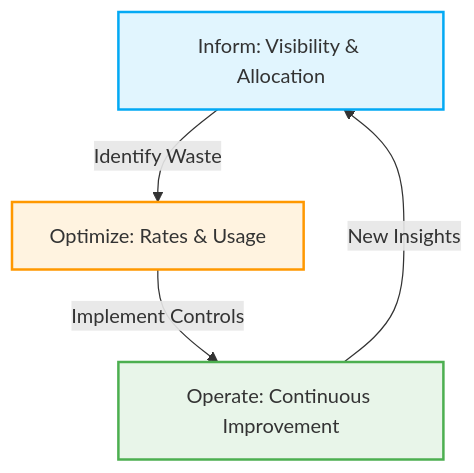
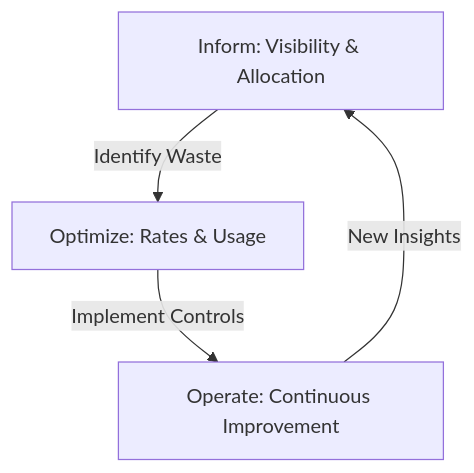
One commit to kythuatdulieu/kythuatdulieu.github.io changed the first of 4 diagrams in src/content/docs/projects/system-design/finops-architecture.md. Above: the diagram before and after it, drawn with Mermaid. The commit also changed other lines of this file and 682 other files, not shown here.

````diff
--- a/src/content/docs/projects/system-design/finops-architecture.md
+++ b/src/content/docs/projects/system-design/finops-architecture.md
@@ -47,10 +47,9 @@
 ```mermaid
 graph TD
     A["Inform: Visibility & Allocation"] -->|Identify Waste| B["Optimize: Rates & Usage"]
     B -->|Implement Controls| C["Operate: Continuous Improvement"]
     C -->|New Insights| A
-    
-    style A fill:#e1f5fe,stroke:#03a9f4,stroke-width:2px
-    style B fill:#fff3e0,stroke:#ff9800,stroke-width:2px
-    style C fill:#e8f5e9,stroke:#4caf50,stroke-width:2px
+
+
+
 ```
````
